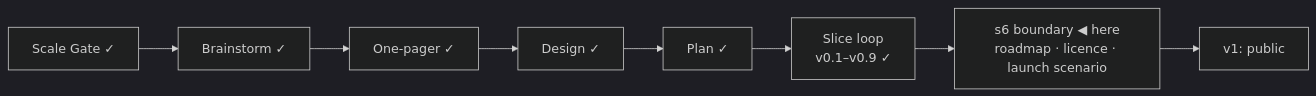
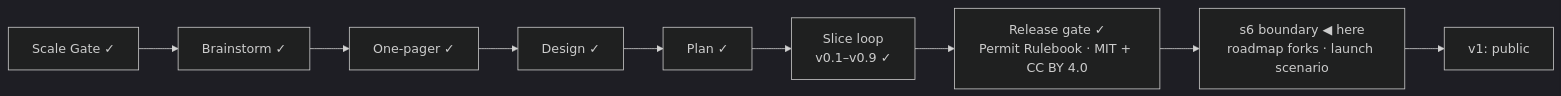
One commit to OytunOnal/permit-rulebook changed the diagram in STATUS.md. Above: the diagram before and after it, drawn with Mermaid (dark theme). The commit also changed other lines of this file and 3 other files, not shown here.

Commit message:
licence gate closed: MIT; DECISIONS and STATUS current; release gate complete

````diff
--- a/STATUS.md
+++ b/STATUS.md
@@ -10,7 +11,8 @@
 ```mermaid
 flowchart LR
     A[Scale Gate ✓] --> B[Brainstorm ✓] --> C[One-pager ✓] --> D[Design ✓] --> E[Plan ✓]
     E --> F["Slice loop<br/>v0.1–v0.9 ✓"]
-    F --> G["s6 boundary ◀ here<br/>roadmap · licence · launch scenario"]
+    F --> RG["Release gate ✓<br/>Permit Rulebook · MIT + CC BY 4.0"]
+    RG --> G["s6 boundary ◀ here<br/>roadmap forks · launch scenario"]
     G --> H[v1: public]
 ```
````
